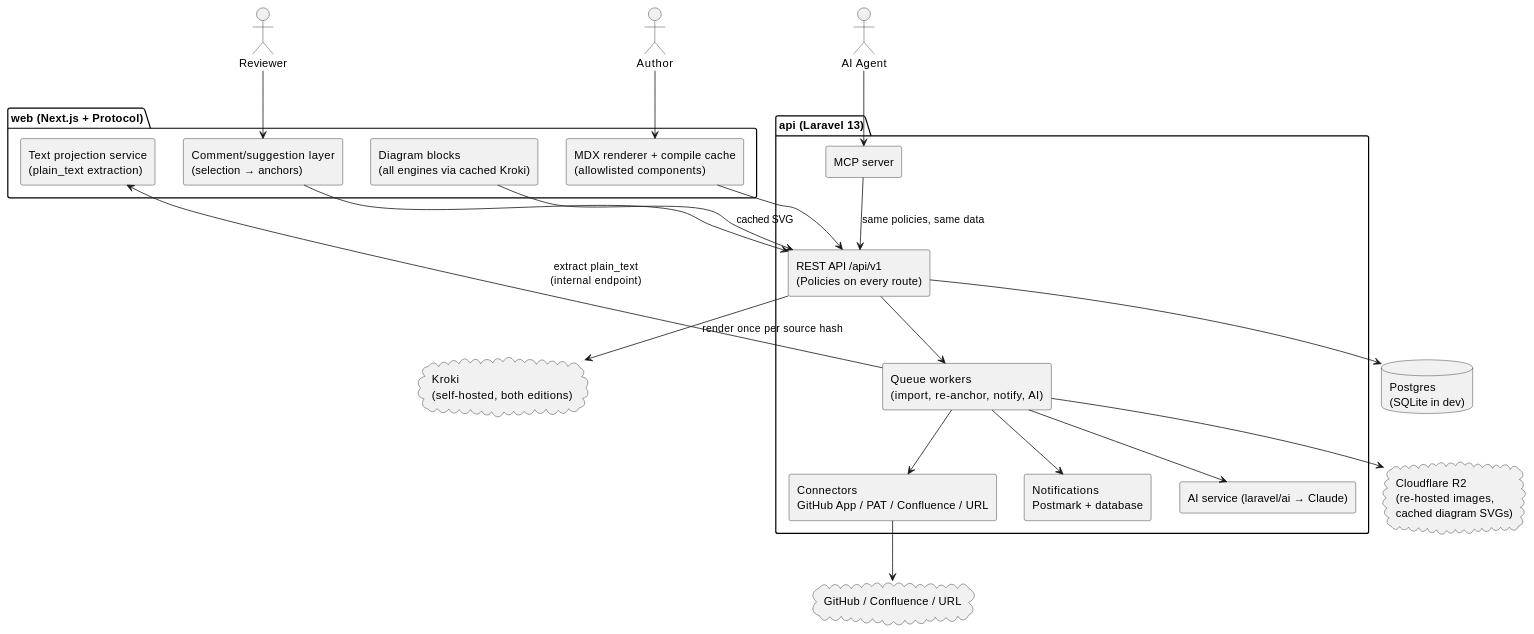
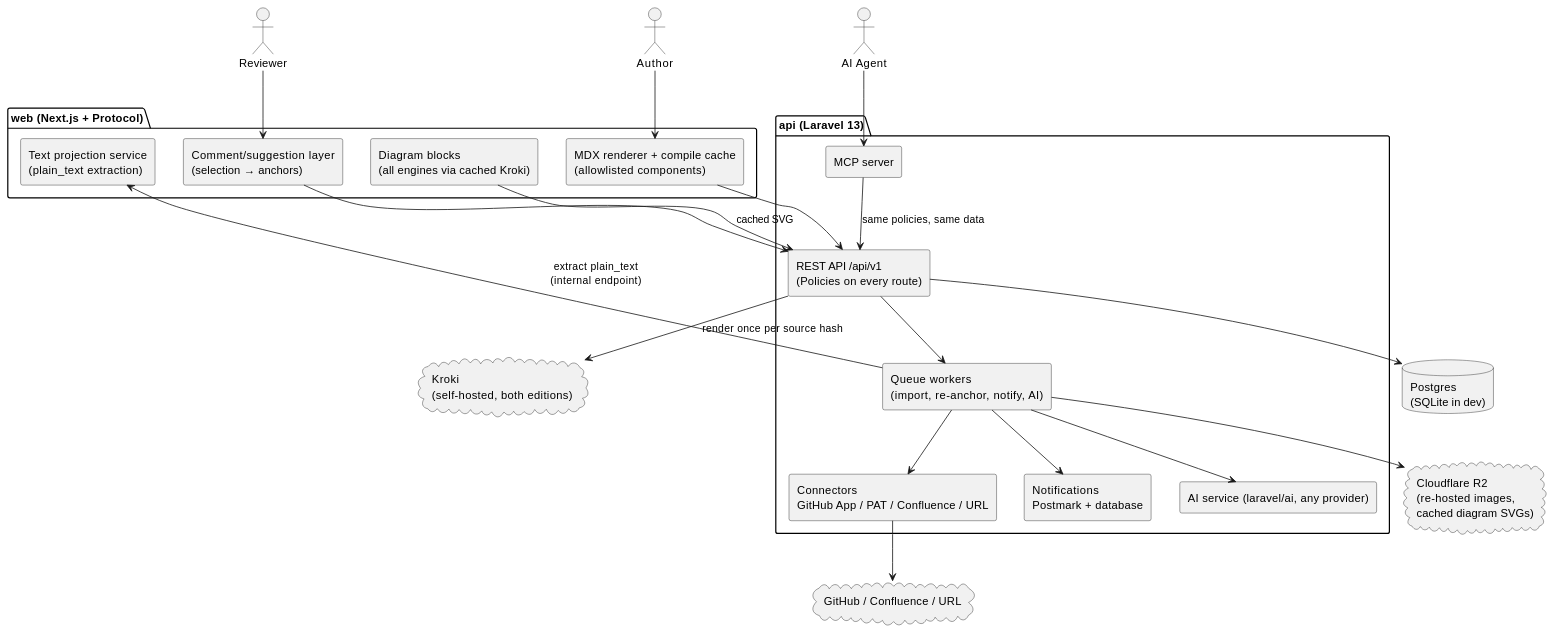
The first of 3 diagrams in docs/SPEC.md (batjaa/kedge), drawn with PlantUML before and after one commit. The commit also changed other lines of this file and 4 other files, not shown here.

````diff
--- a/docs/SPEC.md
+++ b/docs/SPEC.md
@@ -94,47 +94,47 @@
 ```plantuml
 @startuml
 skinparam componentStyle rectangle
 
 actor Author
 actor Reviewer
 actor "AI Agent" as Agent
 
 package "web (Next.js + Protocol)" {
   [MDX renderer + compile cache\n(allowlisted components)] as MDX
   [Text projection service\n(plain_text extraction)] as PROJ
   [Comment/suggestion layer\n(selection → anchors)] as CL
   [Diagram blocks\n(all engines via cached Kroki)] as DIA
 }
 
 package "api (Laravel 13)" {
   [REST API /api/v1\n(Policies on every route)] as API
   [MCP server] as MCP
   [Queue workers\n(import, re-anchor, notify, AI)] as Q
   [Connectors\nGitHub App / PAT / Confluence / URL] as CONN
   [Notifications\nPostmark + database] as NOTIF
-  [AI service (laravel/ai → Claude)] as AI
+  [AI service (laravel/ai, any provider)] as AI
 }
 
 database "Postgres\n(SQLite in dev)" as DB
 cloud "Cloudflare R2\n(re-hosted images,\ncached diagram SVGs)" as R2
 cloud "GitHub / Confluence / URL" as SRC
 cloud "Kroki\n(self-hosted, both editions)" as KROKI
 
 Author --> MDX
 Reviewer --> CL
 Agent --> MCP
 MDX --> API
 CL --> API
 Q --> PROJ : extract plain_text\n(internal endpoint)
 DIA --> API : cached SVG
 API --> KROKI : render once per source hash
 API --> DB
 API --> Q
 Q --> CONN
 CONN --> SRC
 Q --> R2
 Q --> NOTIF
 Q --> AI
 MCP --> API : same policies, same data
 @enduml
 ```
````
